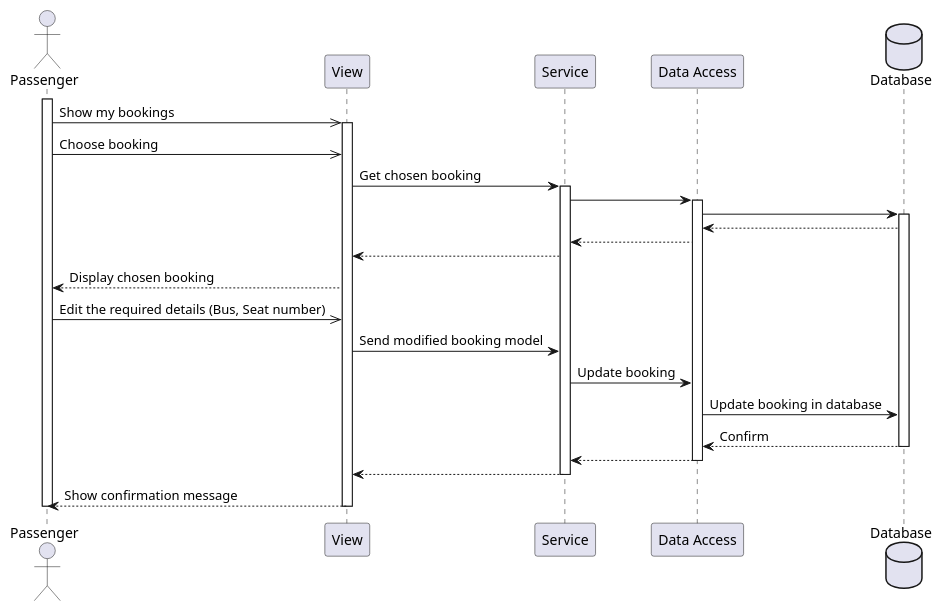
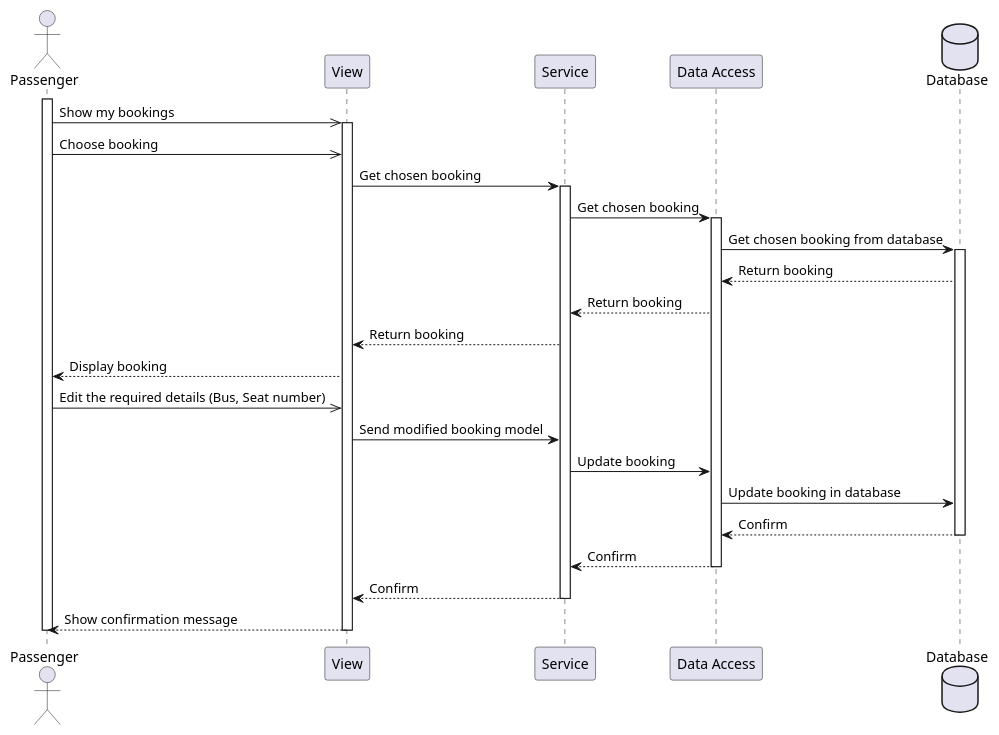
The diagram in Sequence Diagrams/pu/modify-booking.pu (moazbasheer/BaaS_GP), drawn with PlantUML before and after one commit.

```diff
--- a/Sequence Diagrams/pu/modify-booking.pu
+++ b/Sequence Diagrams/pu/modify-booking.pu
@@ -1,39 +1,39 @@
 @startuml modify-booking
 
 
 actor Passenger as a
 participant View as v
 participant Service as s
 participant "Data Access" as da
 database Database as db
 
 activate a
 a ->> v: Show my bookings
 activate v
 a ->> v: Choose booking
 v -> s: Get chosen booking
 activate s
-s -> da
+s -> da: Get chosen booking
 activate da
-da -> db
+da -> db: Get chosen booking from database
 activate db
-db --> da
-da --> s
-s --> v
-v --> a: Display chosen booking
+db --> da: Return booking
+da --> s: Return booking
+s --> v: Return booking
+v --> a: Display booking
 a ->> v: Edit the required details (Bus, Seat number)
 v -> s: Send modified booking model
 s -> da: Update booking
 da -> db: Update booking in database
 db --> da: Confirm
 deactivate db
-da --> s
+da --> s: Confirm
 deactivate da
-s --> v
+s --> v: Confirm
 deactivate s
 v --> a: Show confirmation message
 deactivate v
 deactivate a
 
 
 @enduml
```
